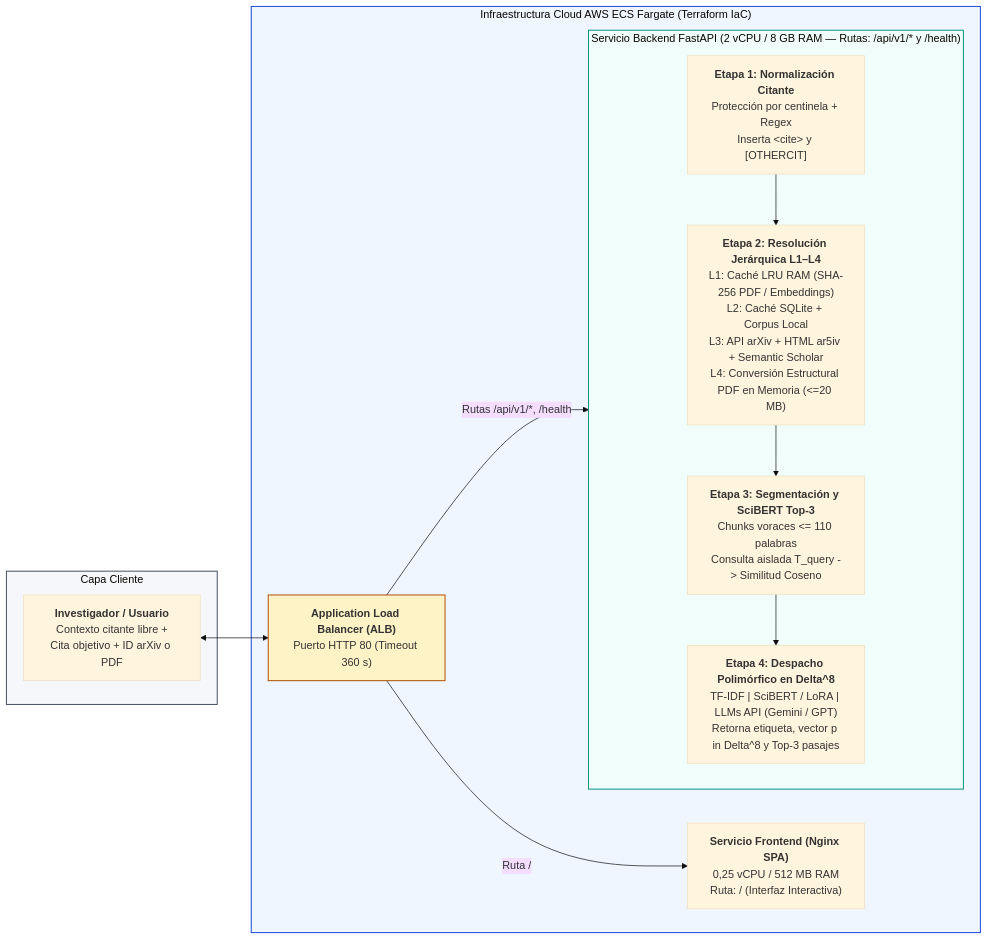
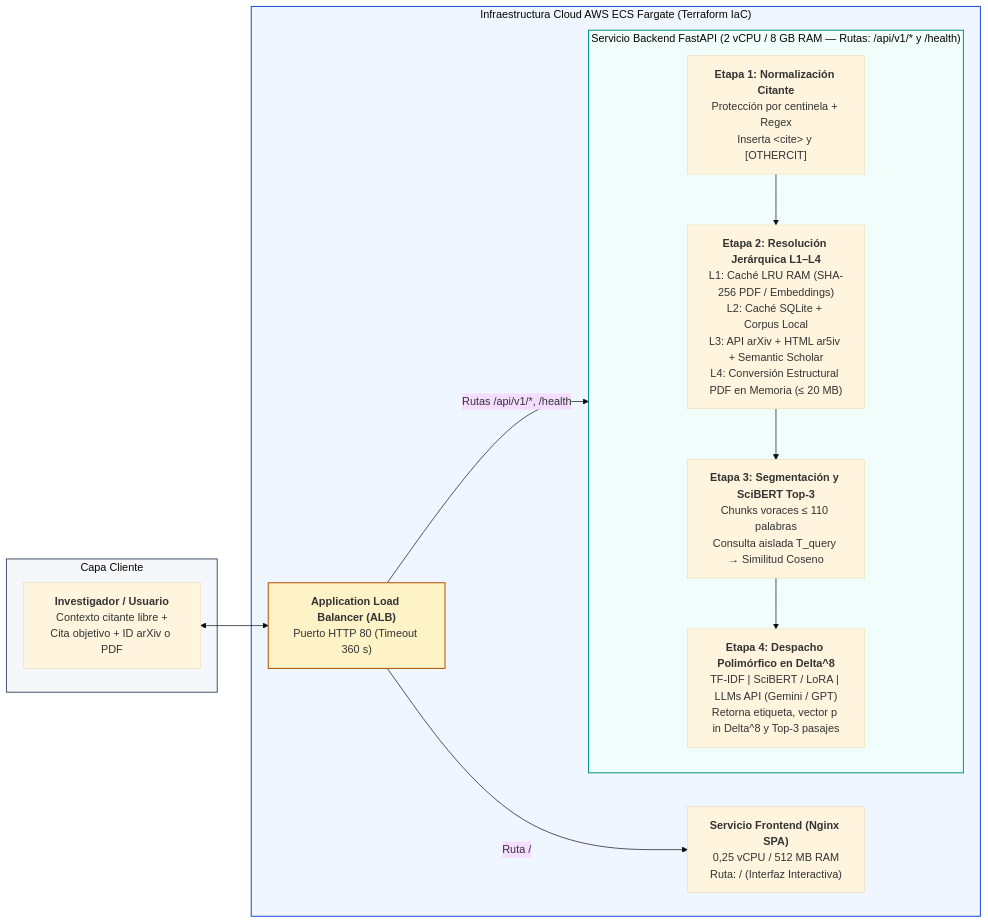
One commit to d-leandro/EvidenCite changed the sixth of 6 diagrams in especificacion_diagramas_drawio.md. Above: the diagram before and after it, drawn with Mermaid (base theme). The commit also changed other lines of this file and 8 other files, not shown here.

Commit message:
docs(paper): refine IEEE manuscript, regenerate publication figures, and polish TikZ diagrams

````diff
--- a/especificacion_diagramas_drawio.md
+++ b/especificacion_diagramas_drawio.md
@@ -315,30 +315,30 @@
 ```mermaid
 flowchart LR
     subgraph Client["Capa Cliente"]
         USR["<b>Investigador / Usuario</b><br/>Contexto citante libre +<br/>Cita objetivo + ID arXiv o PDF"]
     end
 
     subgraph AWS["Infraestructura Cloud AWS ECS Fargate (Terraform IaC)"]
         ALB["<b>Application Load Balancer (ALB)</b><br/>Puerto HTTP 80 (Timeout 360 s)"]
         SPA["<b>Servicio Frontend (Nginx SPA)</b><br/>0,25 vCPU / 512 MB RAM<br/>Ruta: / (Interfaz Interactiva)"]
 
         subgraph APISvc["Servicio Backend FastAPI (2 vCPU / 8 GB RAM — Rutas: /api/v1/* y /health)"]
             direction TB
             ST1["<b>Etapa 1: Normalización Citante</b><br/>Protección por centinela + Regex<br/>Inserta &lt;cite&gt; y [OTHERCIT]"]
-            ST2["<b>Etapa 2: Resolución Jerárquica L1–L4</b><br/>L1: Caché LRU RAM (SHA-256 PDF / Embeddings)<br/>L2: Caché SQLite + Corpus Local<br/>L3: API arXiv + HTML ar5iv + Semantic Scholar<br/>L4: Conversión Estructural PDF en Memoria (<=20 MB)"]
-            ST3["<b>Etapa 3: Segmentación y SciBERT Top-3</b><br/>Chunks voraces <= 110 palabras<br/>Consulta aislada T_query -> Similitud Coseno"]
+            ST2["<b>Etapa 2: Resolución Jerárquica L1–L4</b><br/>L1: Caché LRU RAM (SHA-256 PDF / Embeddings)<br/>L2: Caché SQLite + Corpus Local<br/>L3: API arXiv + HTML ar5iv + Semantic Scholar<br/>L4: Conversión Estructural PDF en Memoria (≤ 20 MB)"]
+            ST3["<b>Etapa 3: Segmentación y SciBERT Top-3</b><br/>Chunks voraces ≤ 110 palabras<br/>Consulta aislada T_query → Similitud Coseno"]
             ST4["<b>Etapa 4: Despacho Polimórfico en Delta^8</b><br/>TF-IDF | SciBERT / LoRA | LLMs API (Gemini / GPT)<br/>Retorna etiqueta, vector p in Delta^8 y Top-3 pasajes"]
             ST1 --> ST2 --> ST3 --> ST4
         end
 
         ALB -- "Ruta /" --> SPA
         ALB -- "Rutas /api/v1/*, /health" --> APISvc
     end
 
     USR <--> ALB
 
     style Client fill:#F5F7FA,stroke:#4A5568,stroke-width:1.5px
     style AWS fill:#EFF6FF,stroke:#1D4ED8,stroke-width:1.5px
     style APISvc fill:#F0FDFA,stroke:#0D9488,stroke-width:1.5px
     style ALB fill:#FEF3C7,stroke:#B45309,stroke-width:1.5px
 ```
````
